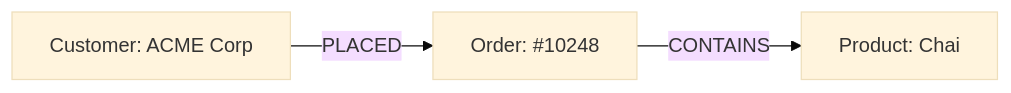
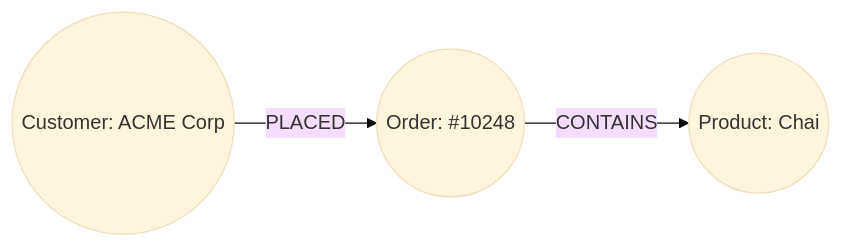
The second of 2 diagrams in asciidoc/courses/workshop-importing/modules/2-data-modeling/lessons/3-nodes-labels/lesson.adoc (neo4j-graphacademy/courses), drawn with Mermaid (base theme) before and after one commit. The commit also changed other lines of this file and 15 other files, not shown here.

````diff
--- a/asciidoc/courses/workshop-importing/modules/2-data-modeling/lessons/3-nodes-labels/lesson.adoc
+++ b/asciidoc/courses/workshop-importing/modules/2-data-modeling/lessons/3-nodes-labels/lesson.adoc
@@ -130,5 +130,5 @@
 ```mermaid
 graph LR
-    A["Customer: ACME Corp"] -->|PLACED| B["Order: #10248"]
-    B -->|CONTAINS| C["Product: Chai"]
+    A(("Customer: ACME Corp")) -->|PLACED| B(("Order: #10248"))
+    B -->|CONTAINS| C(("Product: Chai"))
 ```
````
